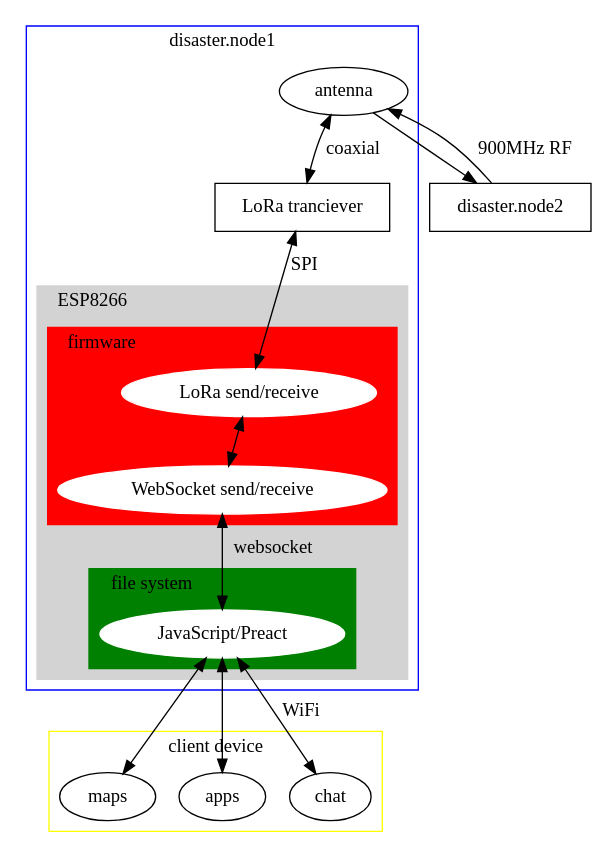
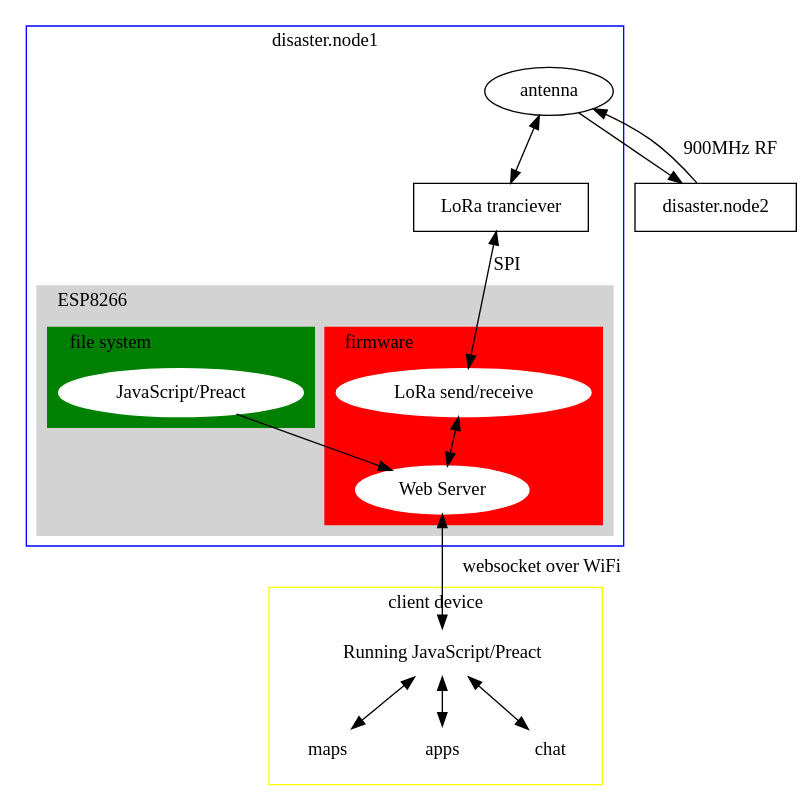
The diagram in diagram.dot (sudomesh/disaster-radio), drawn with Graphviz before and after one commit. The commit also changed 2 other files, not shown here.

```diff
--- a/diagram.dot
+++ b/diagram.dot
@@ -1,54 +1,53 @@
 digraph G {
     antenna [shape=ellipse];
     LoRa [label = "LoRa tranciever", shape=box];
 
     subgraph cluster0 {
         node [style=filled,color=white];
         color=blue;
-        antenna -> LoRa [dir=both,label = "coaxial"]
+        antenna -> LoRa [dir=both]
         LoRa -> LoRaSR [dir=both,label = "SPI"];
 
         subgraph cluster1 {
             node [style=filled,color=white];
             style=filled;
             color=lightgrey;
             subgraph cluster2 {
                 node [style=filled,color=white];
                 color=red;
                 LoRaSR [label = "LoRa send/receive"];
-                WebSocketSR [label = "WebSocket send/receive"];
-                LoRaSR -> WebSocketSR [dir=both];
+                WebServer [label = "Web Server"];
+                LoRaSR -> WebServer [dir=both];
                 labeljust = l;
                 label = "firmware";
             }
-            WebSocketSR -> JS [dir=both, label = "websocket"];
+            FS -> WebServer;
             subgraph cluster3 {
                 node [style=filled,color=white];
                 color=green;
-                JS [label = "JavaScript/Preact"];
+                FS [label = "JavaScript/Preact"];
                 labeljust = l;
                 label = "file system"
             }
             labeljust = l;
             label = "ESP8266";
         }
         label = "disaster.node1";
     }
-    JS -> maps[dir=both];
-    JS -> apps[dir=both];
-    JS -> chat [dir=both, label = "WiFi"];
+    WebServer -> JS [dir=both, label="websocket over WiFi"];
     subgraph cluster4 {
         node [style=filled,color=white];
         color=yellow;
-        chat;
-        maps;
-        apps;
+        JS [shape=none,label = "Running JavaScript/Preact"]
+        JS -> maps [dir=both];
+        JS -> apps [dir=both];
+        JS -> chat [dir=both];
         label = "client device"
     }
 
     disasternode2 [label = "disaster.node2", shape = "box"]
 
     antenna -> disasternode2 
     disasternode2 -> antenna [label = "900MHz RF"];
 
 }
```
